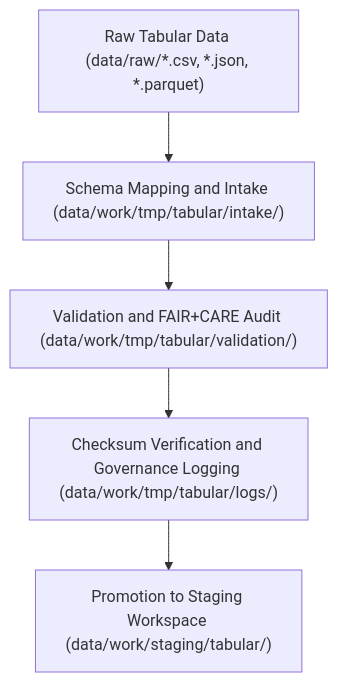
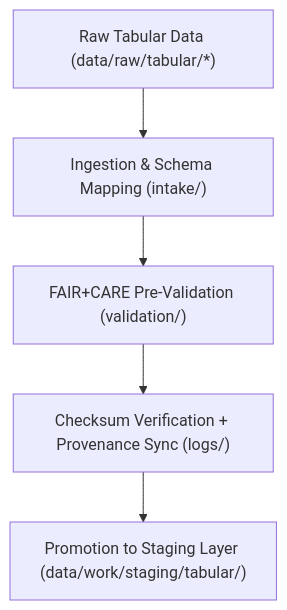
One commit to bartytime4life/Kansas-Frontier-Matrix changed the diagram in data/work/tmp/tabular/README.md. Above: the diagram before and after it, drawn with Mermaid. The commit also changed other lines of this file, not shown here.

````diff
--- a/data/work/tmp/tabular/README.md
+++ b/data/work/tmp/tabular/README.md
@@ -82,7 +79,7 @@
 ```mermaid
 flowchart TD
-    A["Raw Tabular Data (data/raw/*.csv, *.json, *.parquet)"] --> B["Schema Mapping and Intake (data/work/tmp/tabular/intake/)"]
-    B --> C["Validation and FAIR+CARE Audit (data/work/tmp/tabular/validation/)"]
-    C --> D["Checksum Verification and Governance Logging (data/work/tmp/tabular/logs/)"]
-    D --> E["Promotion to Staging Workspace (data/work/staging/tabular/)"]
+    A["Raw Tabular Data (data/raw/tabular/*)"] --> B["Ingestion & Schema Mapping (intake/)"]
+    B --> C["FAIR+CARE Pre-Validation (validation/)"]
+    C --> D["Checksum Verification + Provenance Sync (logs/)"]
+    D --> E["Promotion to Staging Layer (data/work/staging/tabular/)"]
 ```
````
